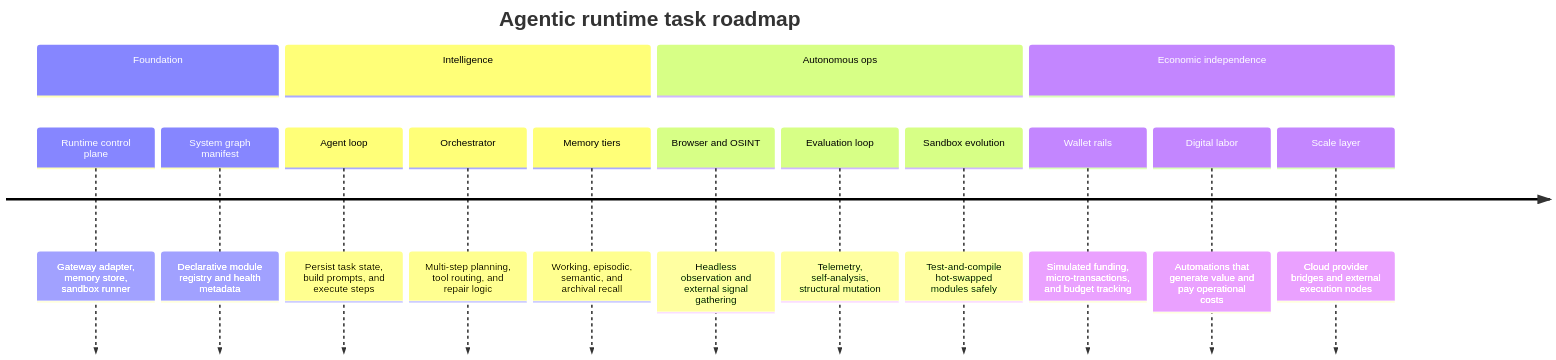
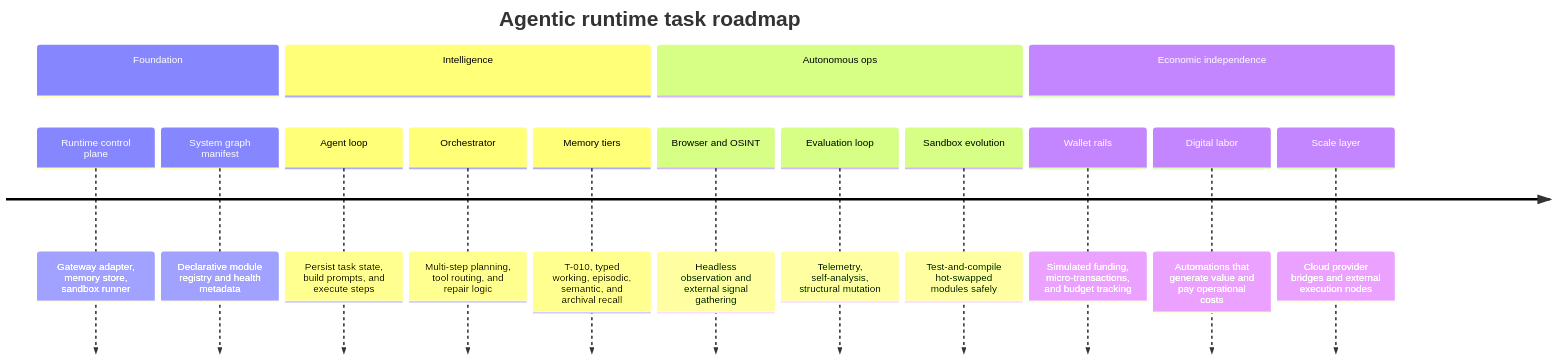
One commit to SayandB/rta changed the diagram in docs/roadmap/task_graph.md. Above: the diagram before and after it, drawn with Mermaid. The commit also changed 4 other files, not shown here.

Commit message:
feat: add typed tiered memory recall

````diff
--- a/docs/roadmap/task_graph.md
+++ b/docs/roadmap/task_graph.md
@@ -3,23 +3,23 @@
 ```mermaid
 timeline
     title Agentic runtime task roadmap
 
     section Foundation
         Runtime control plane : Gateway adapter, memory store, sandbox runner
         System graph manifest : Declarative module registry and health metadata
 
     section Intelligence
         Agent loop : Persist task state, build prompts, and execute steps
         Orchestrator : Multi-step planning, tool routing, and repair logic
-        Memory tiers : Working, episodic, semantic, and archival recall
+        Memory tiers : T-010, typed working, episodic, semantic, and archival recall
 
     section Autonomous ops
         Browser and OSINT : Headless observation and external signal gathering
         Evaluation loop : Telemetry, self-analysis, structural mutation
         Sandbox evolution : Test-and-compile hot-swapped modules safely
 
     section Economic independence
         Wallet rails : Simulated funding, micro-transactions, and budget tracking
         Digital labor : Automations that generate value and pay operational costs
         Scale layer : Cloud provider bridges and external execution nodes
 ```
````
